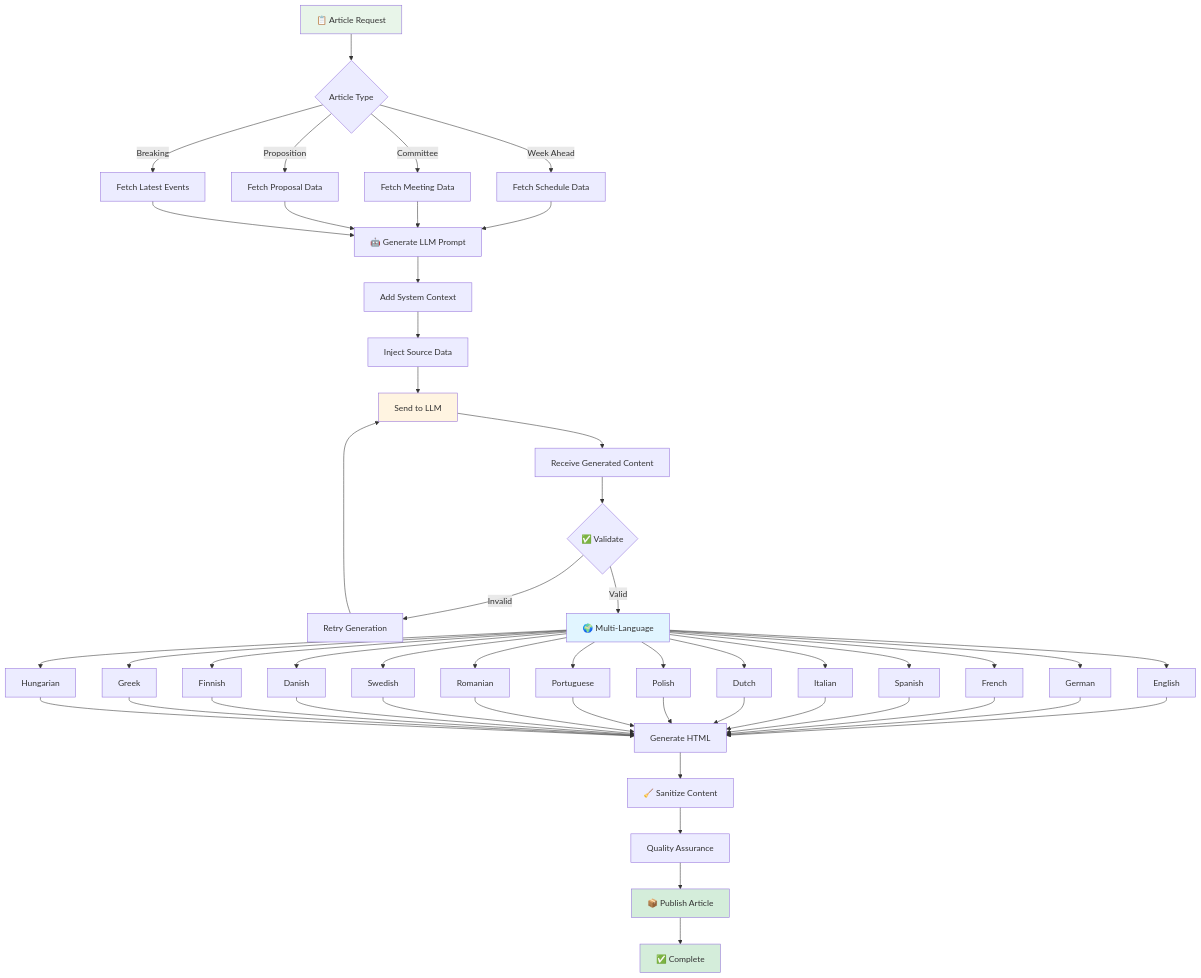
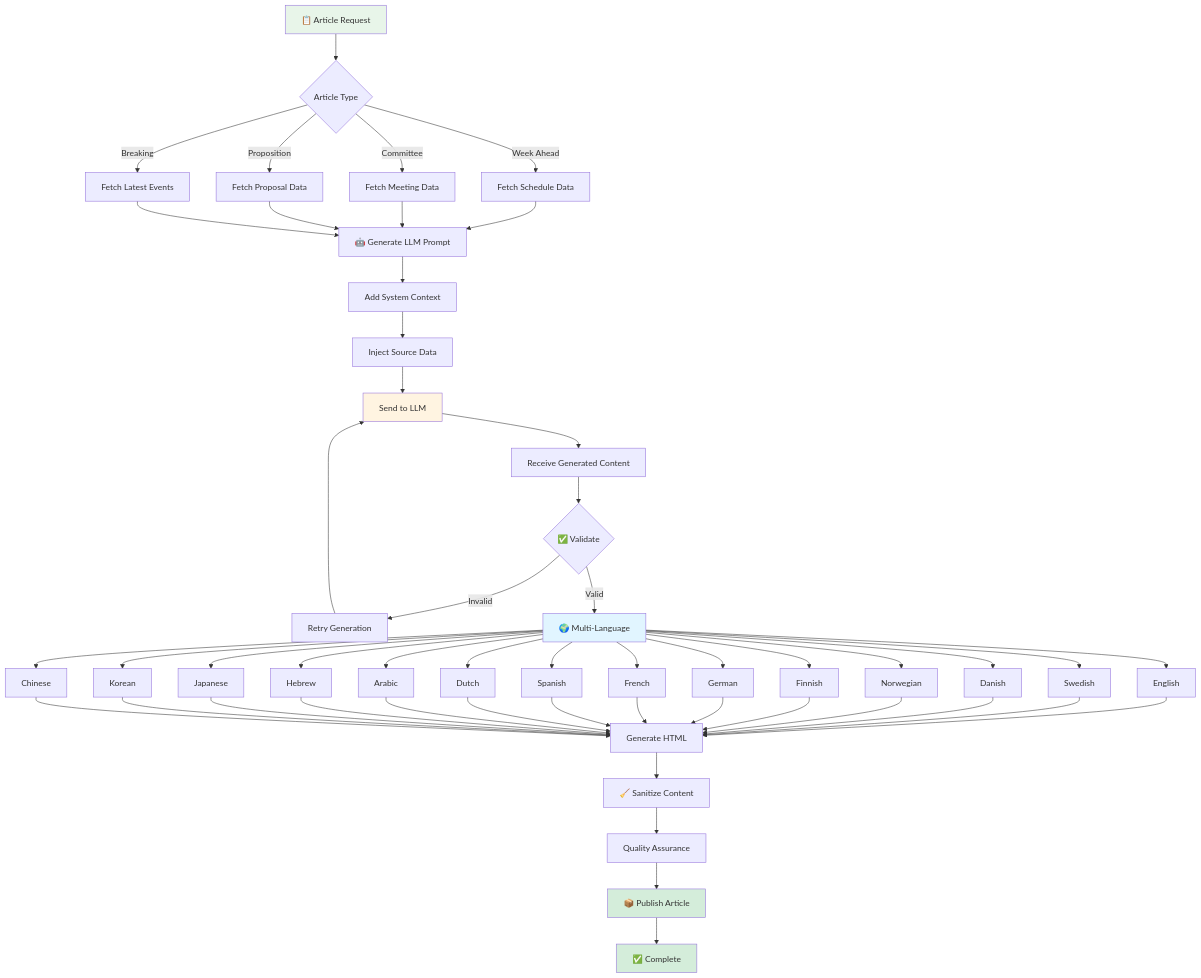
The seventh of 12 diagrams in MINDMAP.md (Hack23/euparliamentmonitor), drawn with Mermaid before and after one commit. The commit also changed other lines of this file and 44 other files, not shown here.

````diff
--- a/MINDMAP.md
+++ b/MINDMAP.md
@@ -618,67 +618,67 @@
 ```mermaid
 flowchart TD
     Start[📋 Article Request] --> Type{Article Type}
 
     Type -->|Week Ahead| WA[Fetch Schedule Data]
     Type -->|Committee| CR[Fetch Meeting Data]
     Type -->|Proposition| PA[Fetch Proposal Data]
     Type -->|Breaking| BN[Fetch Latest Events]
 
     WA --> Prompt[🤖 Generate LLM Prompt]
     CR --> Prompt
     PA --> Prompt
     BN --> Prompt
 
     Prompt --> System[Add System Context]
     System --> Context[Inject Source Data]
     Context --> Send[Send to LLM]
 
     Send --> Receive[Receive Generated Content]
 
     Receive --> Validate{✅ Validate}
     Validate -->|Invalid| Retry[Retry Generation]
     Retry --> Send
 
     Validate -->|Valid| Translate[🌍 Multi-Language]
 
     Translate --> L1[English]
-    Translate --> L2[German]
-    Translate --> L3[French]
-    Translate --> L4[Spanish]
-    Translate --> L5[Italian]
-    Translate --> L6[Dutch]
-    Translate --> L7[Polish]
-    Translate --> L8[Portuguese]
-    Translate --> L9[Romanian]
-    Translate --> L10[Swedish]
-    Translate --> L11[Danish]
-    Translate --> L12[Finnish]
-    Translate --> L13[Greek]
-    Translate --> L14[Hungarian]
+    Translate --> L2[Swedish]
+    Translate --> L3[Danish]
+    Translate --> L4[Norwegian]
+    Translate --> L5[Finnish]
+    Translate --> L6[German]
+    Translate --> L7[French]
+    Translate --> L8[Spanish]
+    Translate --> L9[Dutch]
+    Translate --> L10[Arabic]
+    Translate --> L11[Hebrew]
+    Translate --> L12[Japanese]
+    Translate --> L13[Korean]
+    Translate --> L14[Chinese]
 
     L1 --> HTML[Generate HTML]
     L2 --> HTML
     L3 --> HTML
     L4 --> HTML
     L5 --> HTML
     L6 --> HTML
     L7 --> HTML
     L8 --> HTML
     L9 --> HTML
     L10 --> HTML
     L11 --> HTML
     L12 --> HTML
     L13 --> HTML
     L14 --> HTML
 
     HTML --> Sanitize[🧹 Sanitize Content]
     Sanitize --> QA[Quality Assurance]
     QA --> Publish[📦 Publish Article]
     Publish --> End[✅ Complete]
 
     style Start fill:#e8f5e9
     style Send fill:#fff4e1
     style Translate fill:#e1f5ff
     style Publish fill:#d4edda
     style End fill:#d4edda
 ```
````
